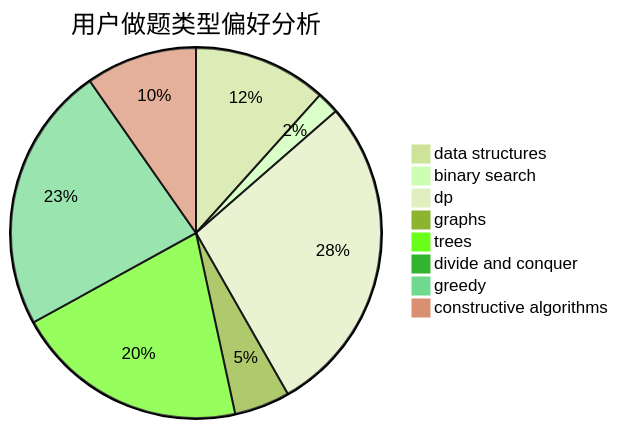
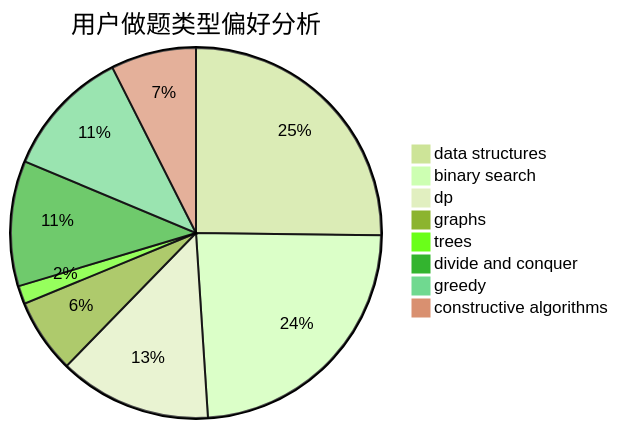
One commit to sherpahu/cfrs.github.io changed the second of 3 diagrams in docs/user/u1260.md. Above: the diagram before and after it, drawn with Mermaid (forest theme). The commit also changed other lines of this file and 2770 other files, not shown here.

````diff
--- a/docs/user/u1260.md
+++ b/docs/user/u1260.md
@@ -23,11 +23,11 @@
 ```mermaid
 pie title 用户做题类型偏好分析
-    "data structures" :  48
-    "binary search" :  8
-    "dp" :  116
-    "graphs" :  20
-    "trees" :  84
-    "divide and conquer" :  0
-    "greedy" :  96
-    "constructive algorithms" :  40
+    "data structures" :  159
+    "binary search" :  150
+    "dp" :  84
+    "graphs" :  41
+    "trees" :  10
+    "divide and conquer" :  69
+    "greedy" :  71
+    "constructive algorithms" :  47
 ```
````
